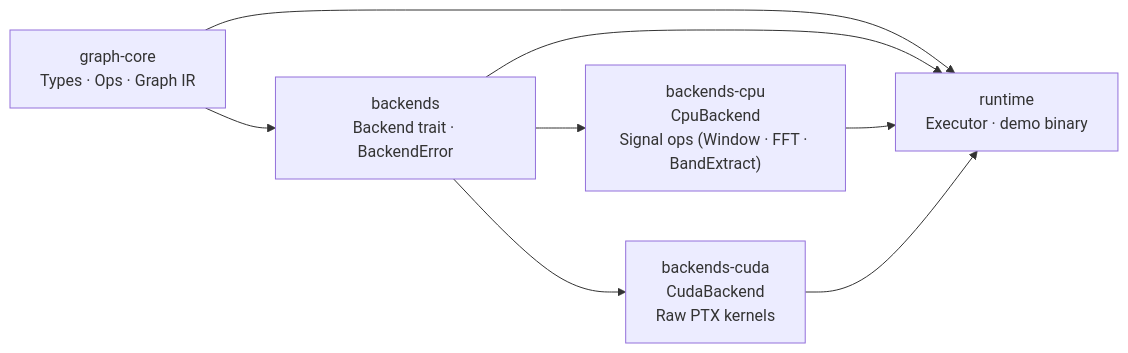
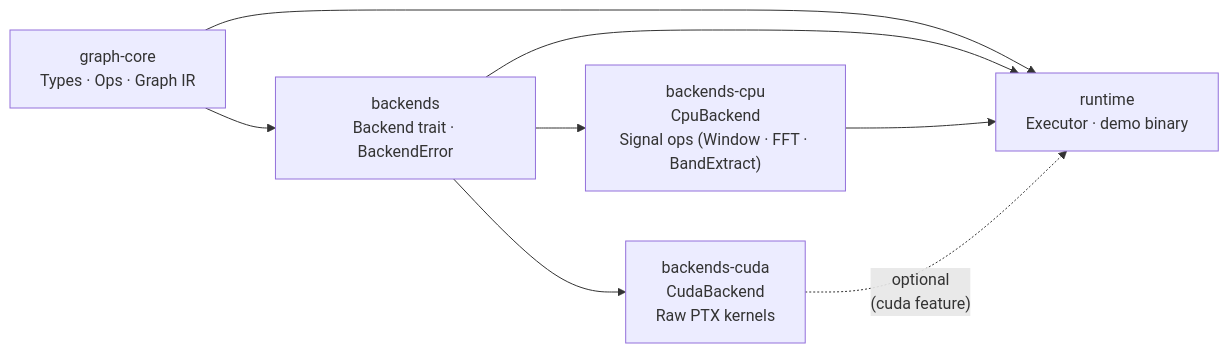
The first of 2 diagrams in README.md (vansweej/graphynx), drawn with Mermaid before and after one commit. The commit also changed other lines of this file and 3 other files, not shown here.

````diff
--- a/README.md
+++ b/README.md
@@ -11,16 +11,16 @@
 ```mermaid
 graph LR
     GC["graph-core\nTypes · Ops · Graph IR"]
     B["backends\nBackend trait · BackendError"]
     BC["backends-cpu\nCpuBackend\nSignal ops (Window · FFT · BandExtract)"]
     BX["backends-cuda\nCudaBackend\nRaw PTX kernels"]
     RT["runtime\nExecutor · demo binary"]
 
     GC --> B
     B --> BC
     B --> BX
     GC --> RT
     B --> RT
     BC --> RT
-    BX --> RT
+    BX -.->|"optional\n(cuda feature)"| RT
 ```
````
